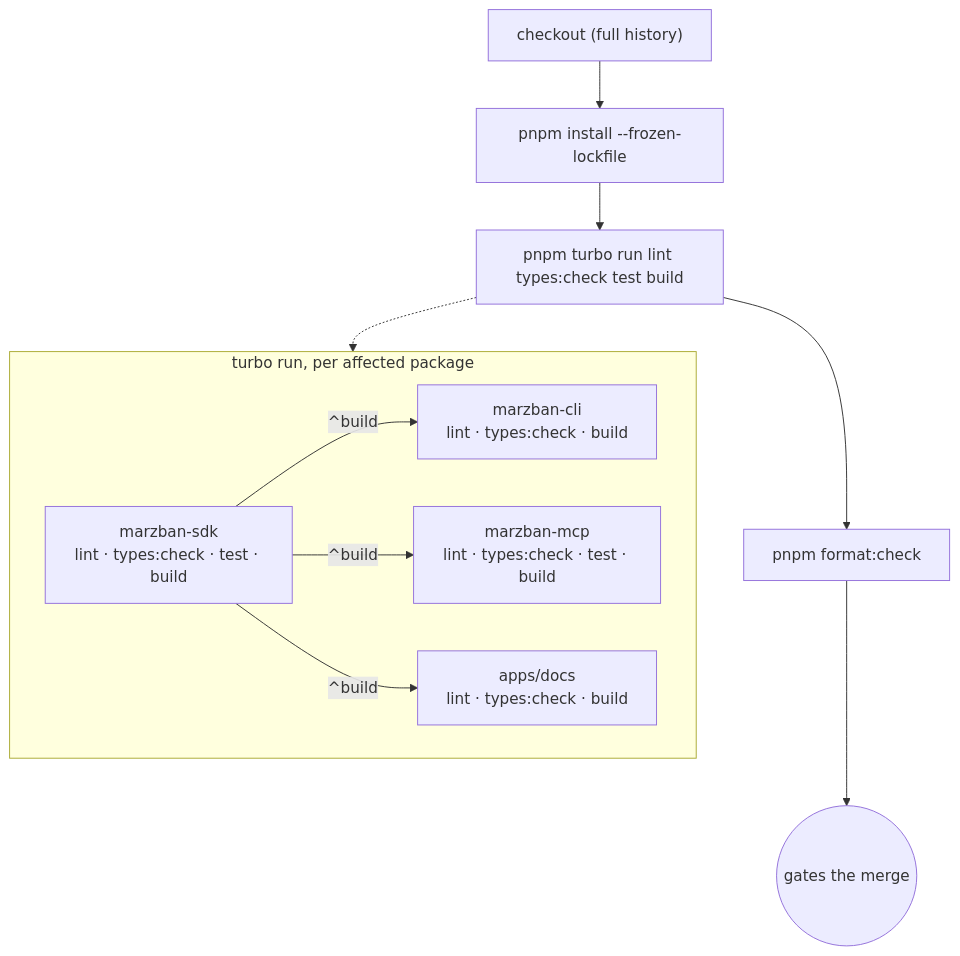
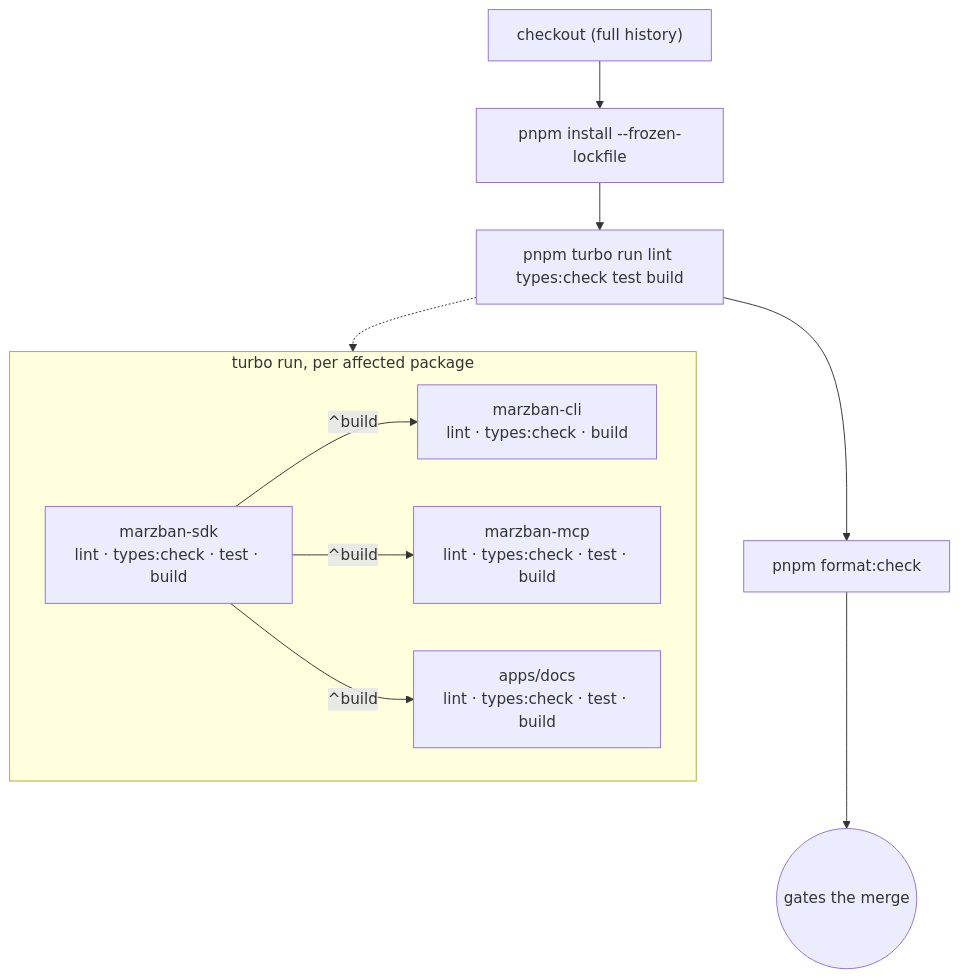
The diagram in docs/ci.md (Ilmar7786/marzban-sdk), drawn with Mermaid before and after one commit. The commit also changed 4 other files, not shown here.

````diff
--- a/docs/ci.md
+++ b/docs/ci.md
@@ -22,20 +22,20 @@
 ```mermaid
 flowchart TB
     checkout["checkout (full history)"] --> install["pnpm install --frozen-lockfile"]
     install --> turbo["pnpm turbo run lint types:check test build"]
     turbo --> fmt["pnpm format:check"]
     fmt --> gate(("gates the merge"))
 
     subgraph fanout ["turbo run, per affected package"]
         direction LR
         sdk["marzban-sdk<br/>lint · types:check · test · build"]
         cli["marzban-cli<br/>lint · types:check · build"]
         mcp["marzban-mcp<br/>lint · types:check · test · build"]
-        docs["apps/docs<br/>lint · types:check · build"]
+        docs["apps/docs<br/>lint · types:check · test · build"]
         sdk -->|^build| cli
         sdk -->|^build| mcp
         sdk -->|^build| docs
     end
 
     turbo -.-> fanout
 ```
````
